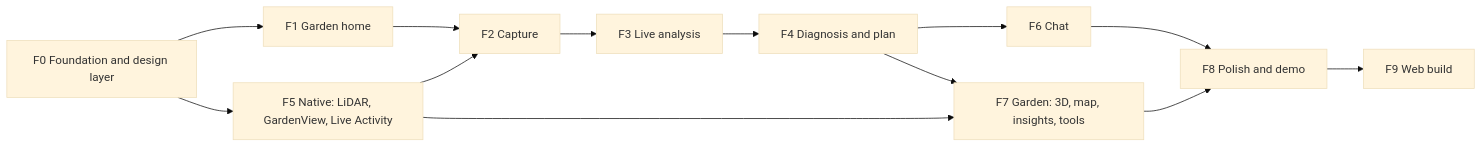
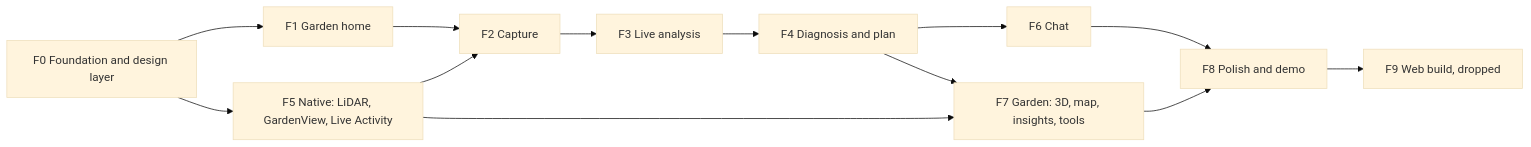
The diagram in docs/frontend/roadmap.md (aacruzgon/GreenLens), drawn with Mermaid (base theme) before and after one commit. The commit also changed other lines of this file and 2 other files, not shown here.

First line of the commit message:
docs(frontend,architecture): drop the web build

````diff
--- a/docs/frontend/roadmap.md
+++ b/docs/frontend/roadmap.md
@@ -106,15 +106,15 @@
 ```mermaid
 flowchart LR
   F0[F0 Foundation and design layer] --> F1[F1 Garden home]
   F1 --> F2[F2 Capture]
   F2 --> F3[F3 Live analysis]
   F3 --> F4[F4 Diagnosis and plan]
   F0 --> F5[F5 Native: LiDAR, GardenView, Live Activity]
   F5 --> F2
   F4 --> F6[F6 Chat]
   F4 --> F7[F7 Garden: 3D, map, insights, tools]
   F5 --> F7
   F6 --> F8[F8 Polish and demo]
   F7 --> F8
-  F8 --> F9[F9 Web build]
+  F8 --> F9[F9 Web build, dropped]
 ```
````
